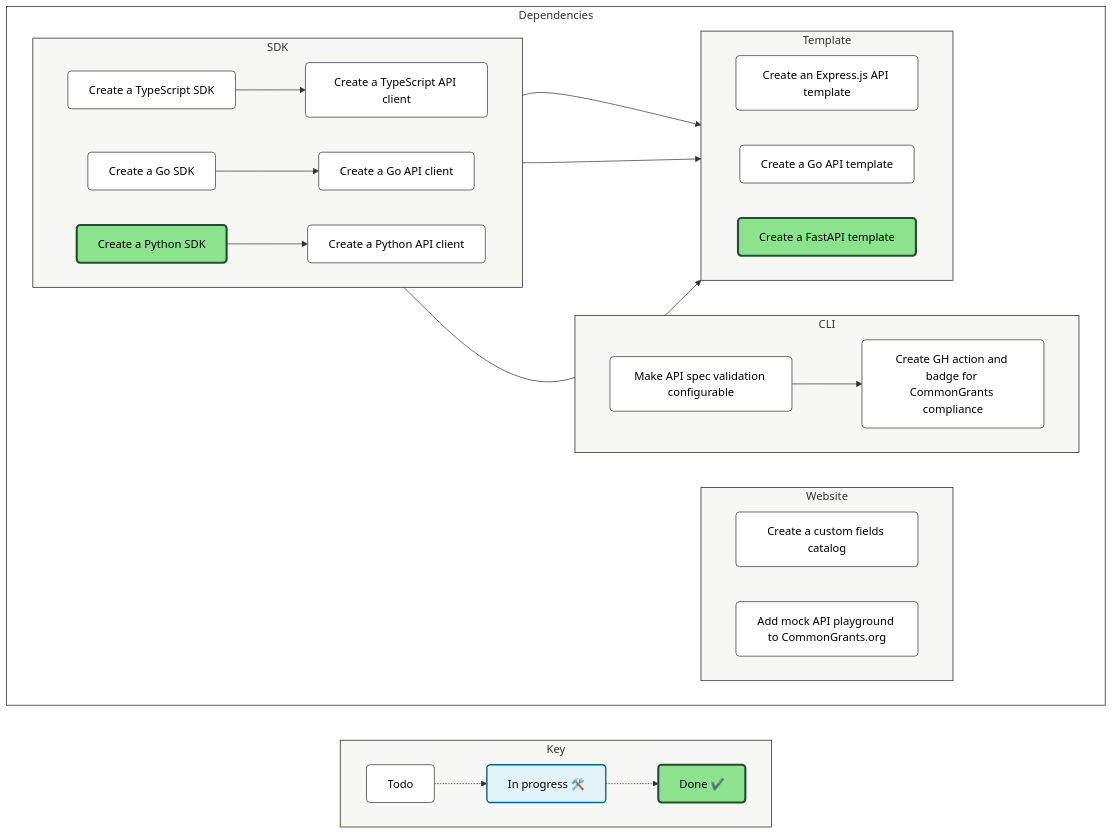
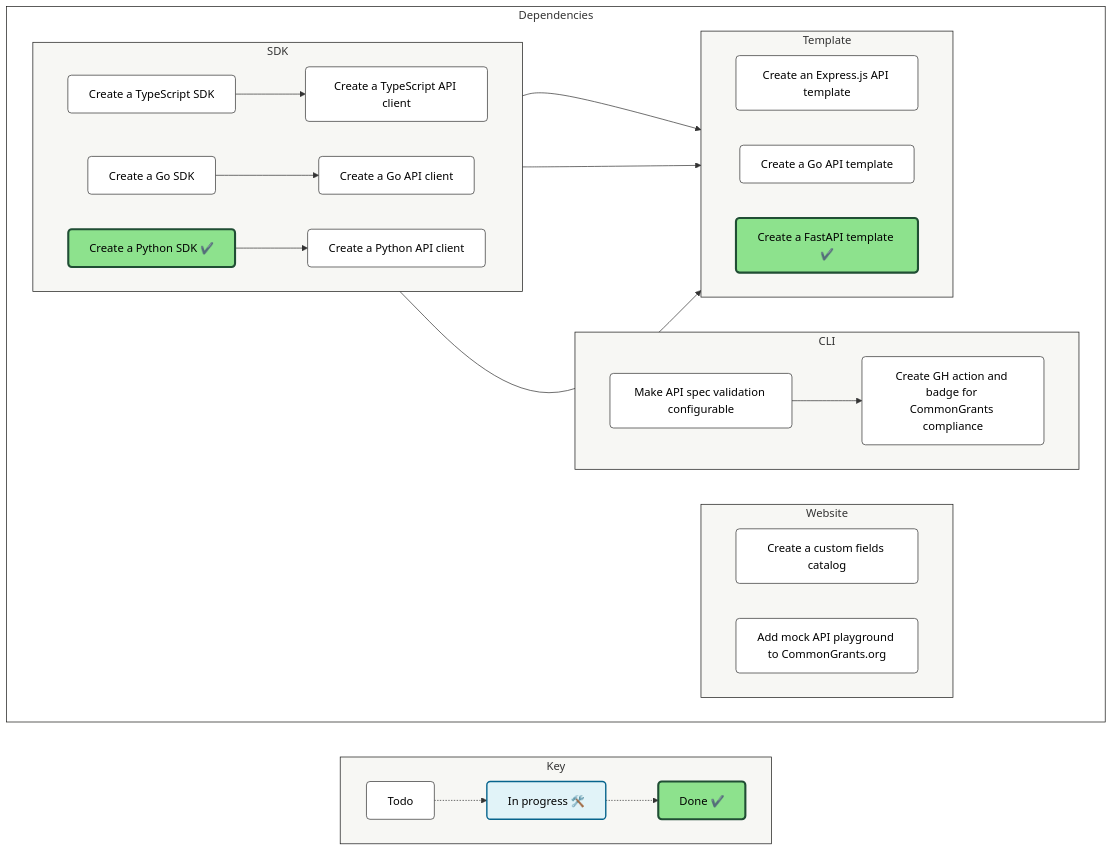
Before and after one commit to HHS/simpler-grants-protocol: the diagram in README.md, drawn with Mermaid. The commit also changed 3 other files, not shown here.

````diff
--- a/README.md
+++ b/README.md
@@ -43,83 +43,83 @@
 ```mermaid
 
 flowchart LR
 
   %% ─────────────────────────────
   %% Styles
   %% ─────────────────────────────
   classDef default fill:#fff,stroke:#333,stroke-width:1px,color:#000,rx:5,ry:5
   classDef InProgress fill:#e1f3f8,stroke:#07648d,stroke-width:2px,color:#000
   classDef Done fill:#8DE28D,stroke:#204e34,stroke-width:3px,color:#000
   style Canvas fill:transparent,stroke:#171716
   style Legend fill:#F7F7F4,stroke:#171716
   style sdk fill:#F7F7F4,stroke:#171716
   style website fill:#F7F7F4,stroke:#171716
   style cli fill:#F7F7F4,stroke:#171716
   style template fill:#F7F7F4,stroke:#171716
 
   %% ─────────────────────────────
   %% Legend
   %% ─────────────────────────────
   subgraph Legend["Key"]
     direction LR
     k1["Todo"]
     k2["In progress 🛠️ "]:::InProgress
     k3["Done ✔️"]:::Done
 
     k1 -.-> k2 -.-> k3
   end
 
   %% ─────────────────────────────
   %% Main canvas
   %% ─────────────────────────────
   subgraph Canvas["Dependencies"]
     direction LR
 
 
     subgraph sdk["SDK"]
     direction LR
         HHS/simpler-grants-protocol#321["Create a TypeScript SDK"]
         HHS/simpler-grants-protocol#323["Create a Go SDK"]
         HHS/simpler-grants-protocol#324["Create a Python API client"]
         HHS/simpler-grants-protocol#328["Create a TypeScript API client"]
         HHS/simpler-grants-protocol#329["Create a Go API client"]
-        HHS/simpler-grants-protocol#342["Create a Python SDK"]:::Done
+        HHS/simpler-grants-protocol#342["Create a Python SDK ✔️"]:::Done
     end
 
 
     subgraph website["Website"]
     direction LR
         HHS/simpler-grants-protocol#330["Create a custom fields catalog"]
         HHS/simpler-grants-protocol#334["Add mock API playground to CommonGrants.org"]
     end
 
 
     subgraph cli["CLI"]
     direction LR
         HHS/simpler-grants-protocol#331["Make API spec validation configurable"]
         HHS/simpler-grants-protocol#335["Create GH action and badge for CommonGrants compliance"]
     end
 
 
     subgraph template["Template"]
     direction LR
         HHS/simpler-grants-protocol#332["Create an Express.js API template"]
         HHS/simpler-grants-protocol#333["Create a Go API template"]
-        HHS/simpler-grants-protocol#343["Create a FastAPI template"]:::Done
+        HHS/simpler-grants-protocol#343["Create a FastAPI template ✔️"]:::Done
     end
 
 
     %% ─────────────────────────────
     %% Relationships
     %% ─────────────────────────────
     HHS/simpler-grants-protocol#321 --> HHS/simpler-grants-protocol#332
     HHS/simpler-grants-protocol#321 --> HHS/simpler-grants-protocol#328
     HHS/simpler-grants-protocol#323 --> HHS/simpler-grants-protocol#333
     HHS/simpler-grants-protocol#323 --> HHS/simpler-grants-protocol#329
     HHS/simpler-grants-protocol#331 --> HHS/simpler-grants-protocol#335
     HHS/simpler-grants-protocol#342 --> HHS/simpler-grants-protocol#343
     HHS/simpler-grants-protocol#342 --> HHS/simpler-grants-protocol#324
 
   end
 
 ```
````
